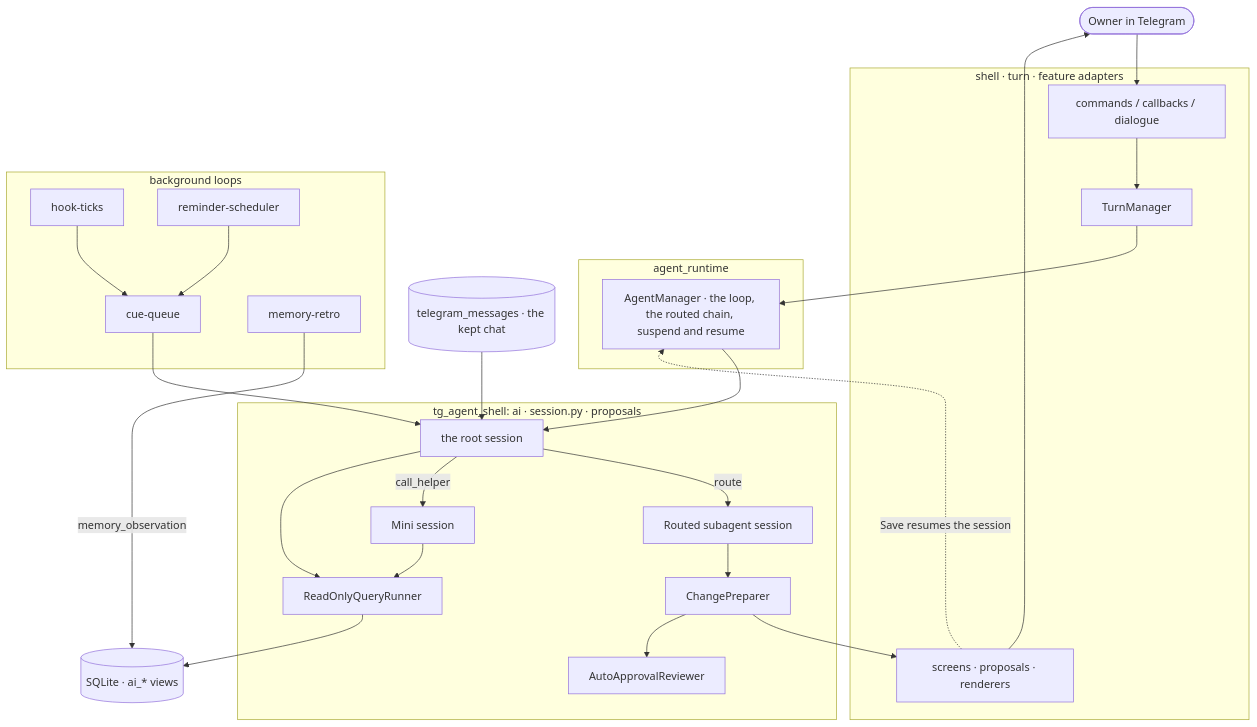
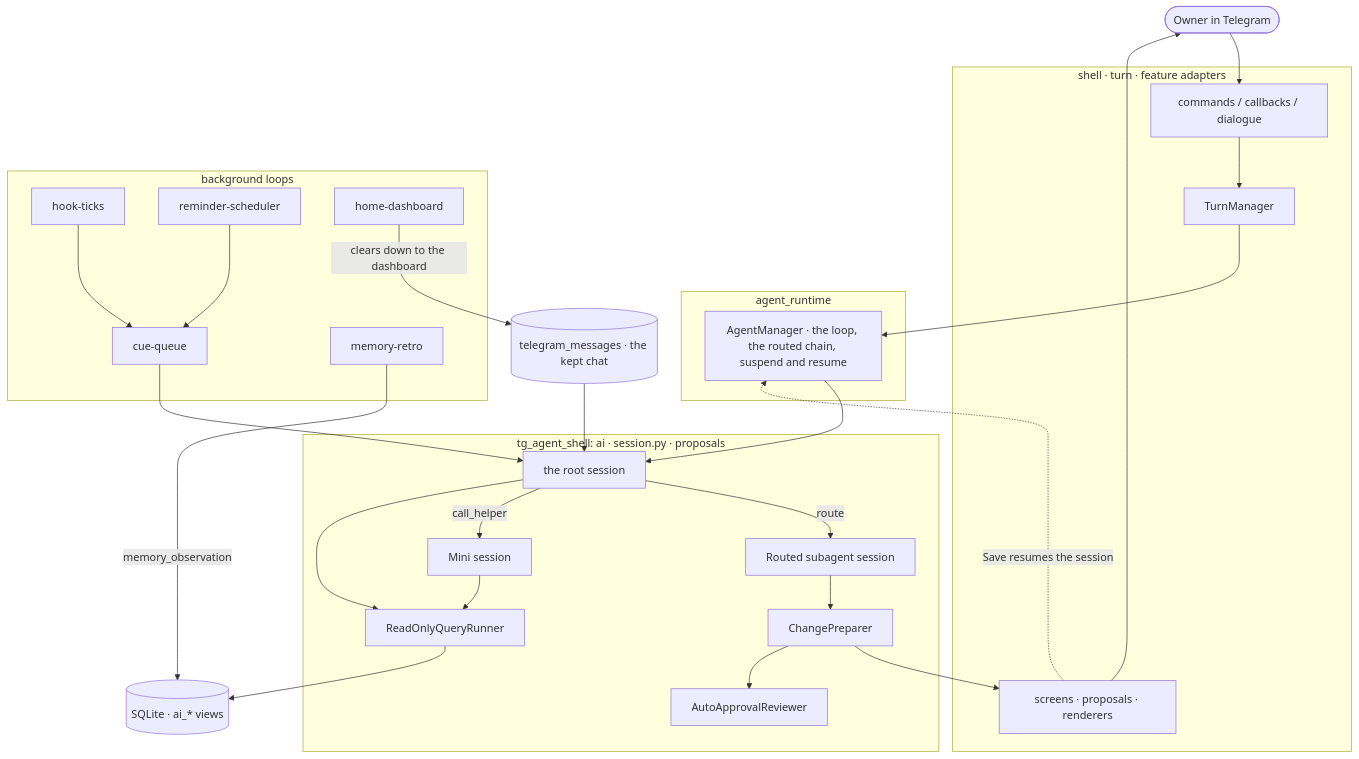
The third of 13 diagrams in docs/AGENT_ARCH.md (myvaheed/tg-ai-safwa), drawn with Mermaid before and after one commit. The commit also changed other lines of this file and 47 other files, not shown here.

````diff
--- a/docs/AGENT_ARCH.md
+++ b/docs/AGENT_ARCH.md
@@ -133,43 +133,45 @@
 ```mermaid
 flowchart TB
     OWNER([Owner in Telegram])
     subgraph TG[shell · turn · feature adapters]
         HANDLERS[commands / callbacks / dialogue]
         GUARD[TurnManager]
         SCREENS[screens · proposals · renderers]
     end
     subgraph RT[agent_runtime]
         MGR[AgentManager · the loop, the routed chain, suspend and resume]
     end
     subgraph AI[tg_agent_shell: ai · session.py · proposals]
         ADV[the root session]
         SUB[Routed subagent session]
         MINI[Mini session]
         PREP[ChangePreparer]
         AUTO[AutoApprovalReviewer]
         SQL[ReadOnlyQueryRunner]
     end
     subgraph BG[background loops]
         CUE[cue-queue]
         TICK[hook-ticks]
         REM[reminder-scheduler]
         MEMR[memory-retro]
+        HOME[home-dashboard]
     end
     HIST[(telegram_messages · the kept chat)]
     DB[(SQLite · ai_* views)]
 
     OWNER --> HANDLERS --> GUARD --> MGR
     MGR --> ADV
     SCREENS -.->|Save resumes the session| MGR
     ADV -->|route| SUB
     ADV -->|call_helper| MINI
     SUB --> PREP --> SCREENS --> OWNER
     PREP --> AUTO
     ADV --> SQL --> DB
     MINI --> SQL
     HIST --> ADV
     CUE --> ADV
     TICK --> CUE
     REM --> CUE
     MEMR -->|memory_observation| DB
+    HOME -->|clears down to the dashboard| HIST
 ```
````
